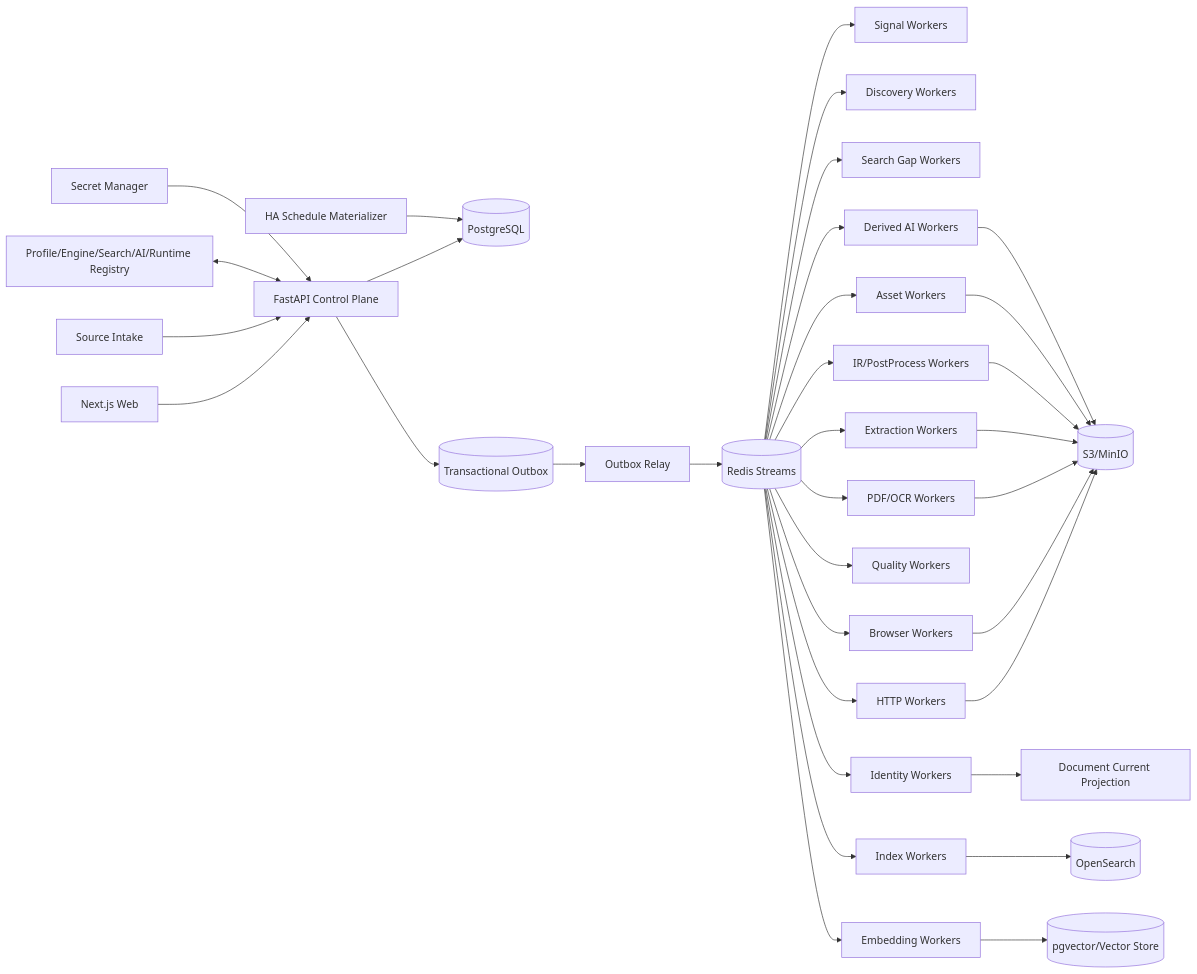
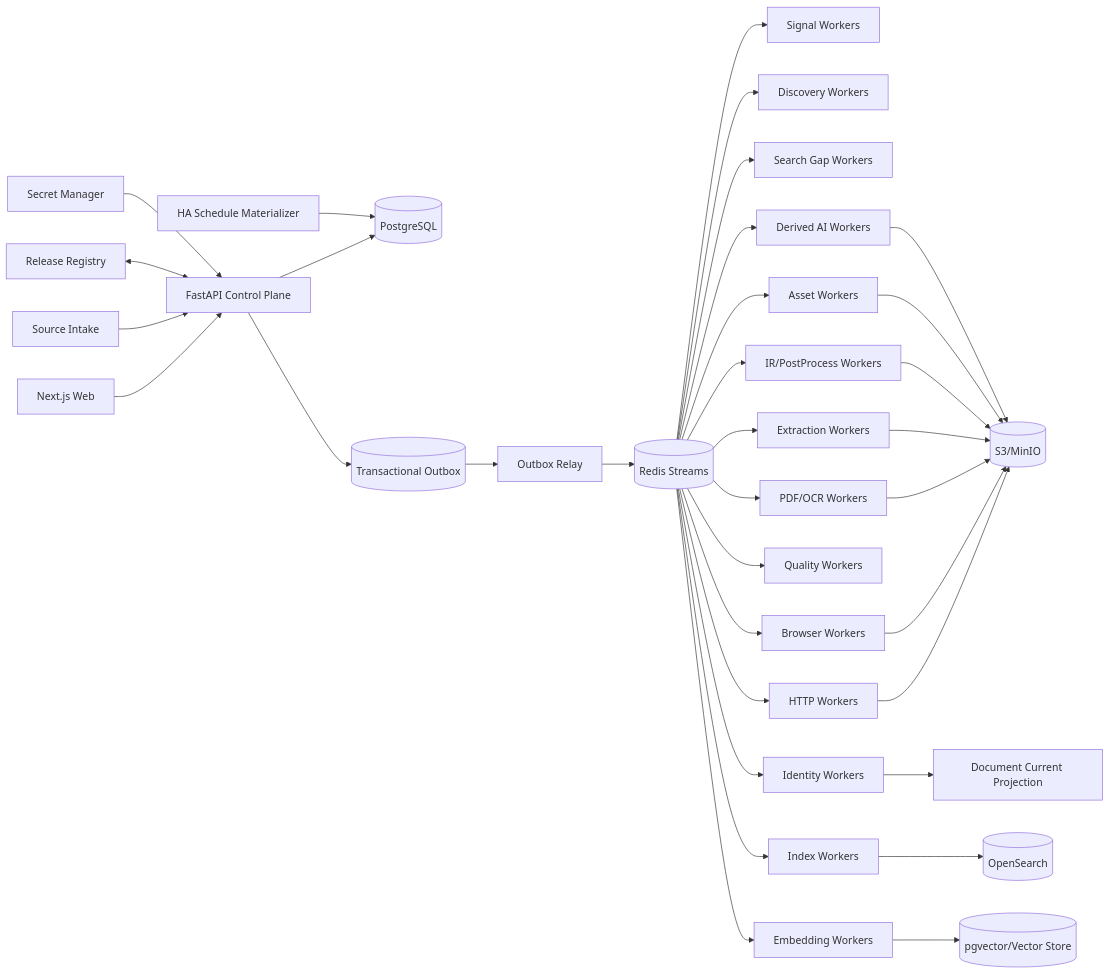
One commit to WorkerXu/my-doc changed the diagram in 博客知识库技术方案.md. Above: the diagram before and after it, drawn with Mermaid. The commit also changed other lines of this file, not shown here.

````diff
--- a/博客知识库技术方案.md
+++ b/博客知识库技术方案.md
@@ -86,40 +115,40 @@
 ```mermaid
 flowchart LR
     UI[Next.js Web] --> API[FastAPI Control Plane]
     SI[Source Intake] --> API
     API --> PG[(PostgreSQL)]
     API --> OUT[(Transactional Outbox)]
     SCH[HA Schedule Materializer] --> PG
-    REG[Profile/Engine/Search/AI/Runtime Registry] <--> API
+    REG[Release Registry] <--> API
     SEC[Secret Manager] --> API
 
     OUT --> RELAY[Outbox Relay]
     RELAY --> Q[(Redis Streams)]
 
     Q --> SG[Signal Workers]
     Q --> DW[Discovery Workers]
     Q --> SW[Search Gap Workers]
     Q --> HF[HTTP Workers]
     Q --> BW[Browser Workers]
     Q --> PDF[PDF/OCR Workers]
     Q --> EX[Extraction Workers]
     Q --> PP[IR/PostProcess Workers]
     Q --> QV[Quality Workers]
     Q --> ID[Identity Workers]
     Q --> AW[Asset Workers]
     Q --> IX[Index Workers]
     Q --> EW[Embedding Workers]
     Q --> AI[Derived AI Workers]
 
     HF --> OBJ[(S3/MinIO)]
     BW --> OBJ
     PDF --> OBJ
     EX --> OBJ
     PP --> OBJ
     AW --> OBJ
     AI --> OBJ
 
     ID --> CUR[Document Current Projection]
     IX --> SEARCH[(OpenSearch)]
     EW --> VEC[(pgvector/Vector Store)]
 ```
````
